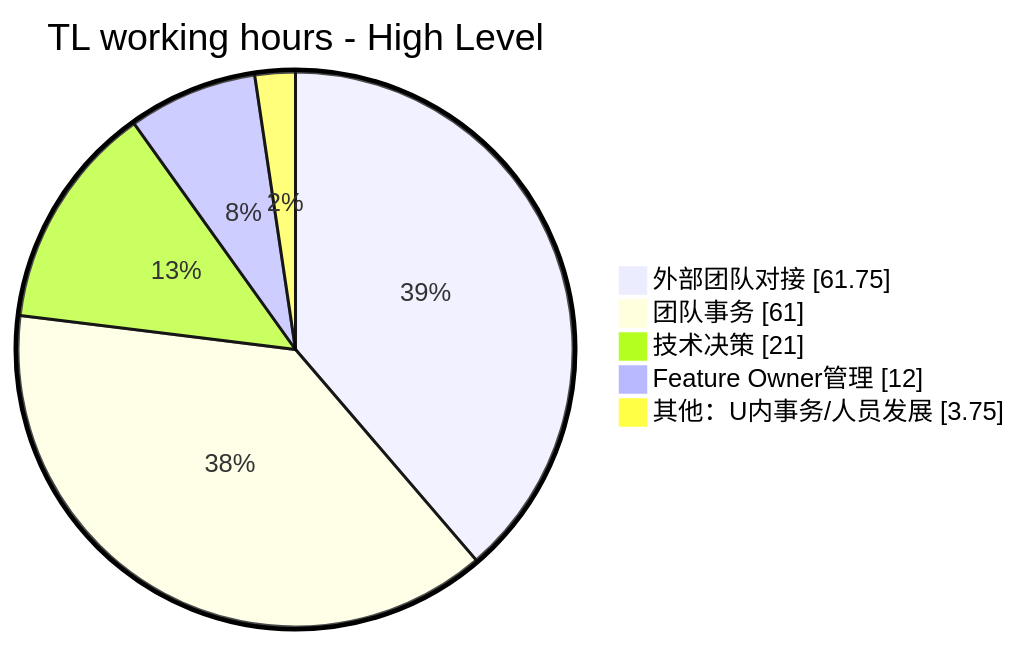
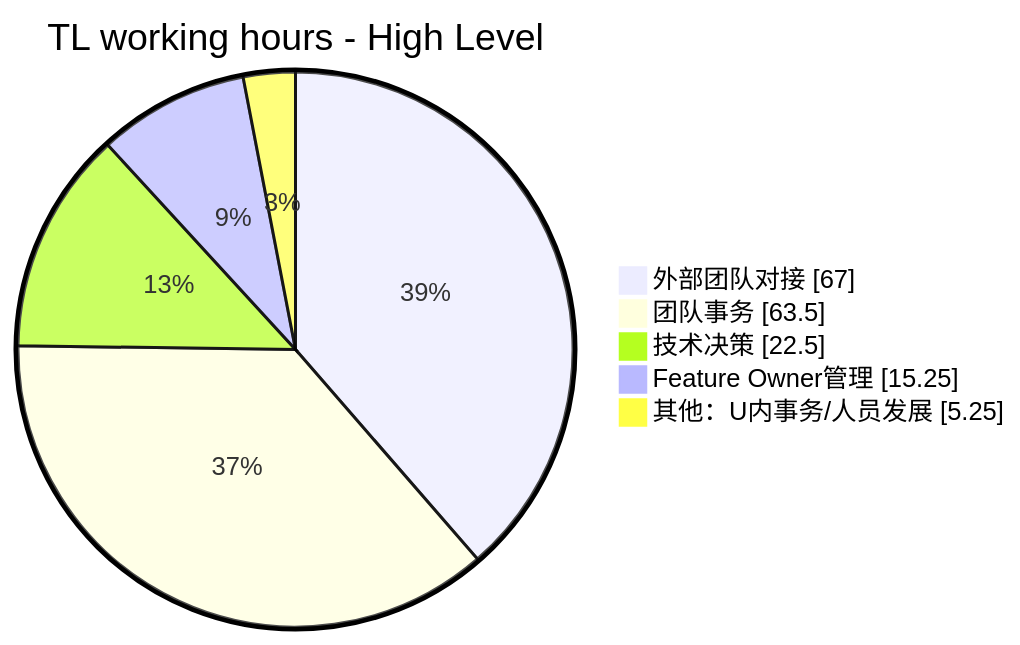
Before and after one commit to EthanLin-TWer/blog: the first of 2 diagrams in _posts/2023-08-05-my-tech-lead-journey-iv.md, drawn with Mermaid. The commit also changed other lines of this file, not shown here.

````diff
--- a/_posts/2023-08-05-my-tech-lead-journey-iv.md
+++ b/_posts/2023-08-05-my-tech-lead-journey-iv.md
@@ -41,9 +41,9 @@
 ```mermaid
 %%{init: {"pie": {"textPosition": 0.5, "useWidth": 960}, "themeVariables": {"pieOuterStrokeWidth": "3px"}} }%%
 pie showData title TL working hours - High Level
-  "外部团队对接": 61.75
-  "团队事务": 61
-  "技术决策": 21
-  "Feature Owner管理": 12
-  "其他：U内事务/人员发展": 3.75
+  "外部团队对接": 67
+  "团队事务": 63.5
+  "技术决策": 22.5
+  "Feature Owner管理": 15.25
+  "其他：U内事务/人员发展": 5.25
 ```
````
